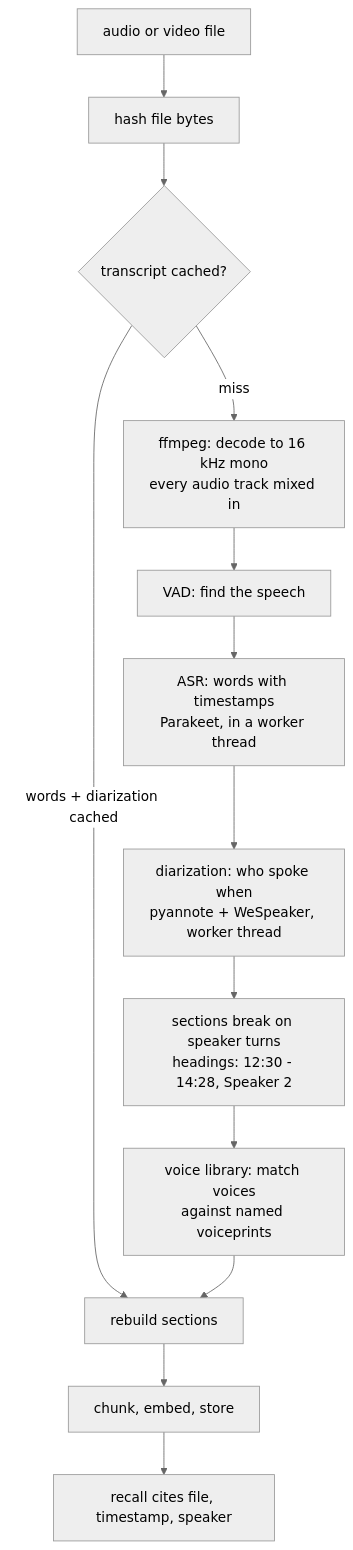
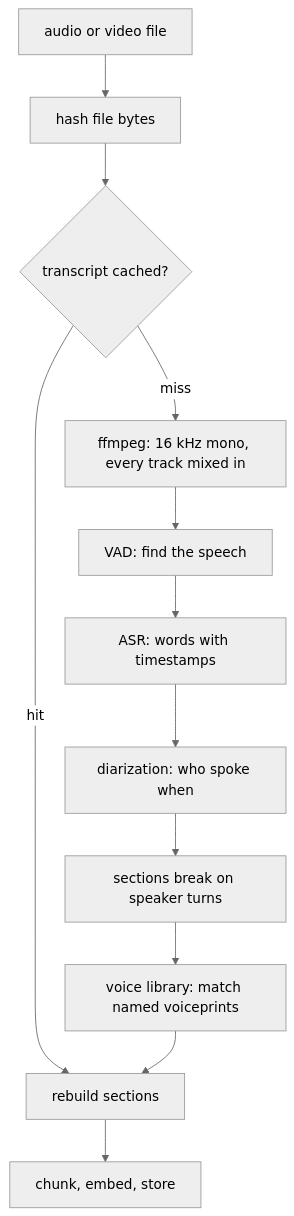
One commit to memloom/memloom changed the diagram in docs/guides/recordings.mdx. Above: the diagram before and after it, drawn with Mermaid (neutral theme). The commit also changed other lines of this file and 5 other files, not shown here.

````diff
--- a/docs/guides/recordings.mdx
+++ b/docs/guides/recordings.mdx
@@ -18,15 +33,14 @@
 ```mermaid
 flowchart TD
     A[audio or video file] --> B[hash file bytes]
     B --> C{transcript cached?}
-    C -- "words + diarization cached" --> K[rebuild sections]
-    C -- miss --> D[ffmpeg: decode to 16 kHz mono\nevery audio track mixed in]
+    C -- hit --> K[rebuild sections]
+    C -- miss --> D[ffmpeg: 16 kHz mono, every track mixed in]
     D --> E[VAD: find the speech]
-    E --> F[ASR: words with timestamps\nParakeet, in a worker thread]
-    F --> G[diarization: who spoke when\npyannote + WeSpeaker, worker thread]
-    G --> H[sections break on speaker turns\nheadings: 12:30 - 14:28, Speaker 2]
-    H --> I[voice library: match voices\nagainst named voiceprints]
+    E --> F[ASR: words with timestamps]
+    F --> G[diarization: who spoke when]
+    G --> H[sections break on speaker turns]
+    H --> I[voice library: match named voiceprints]
     I --> K
     K --> L[chunk, embed, store]
-    L --> M[recall cites file, timestamp, speaker]
 ```
````
